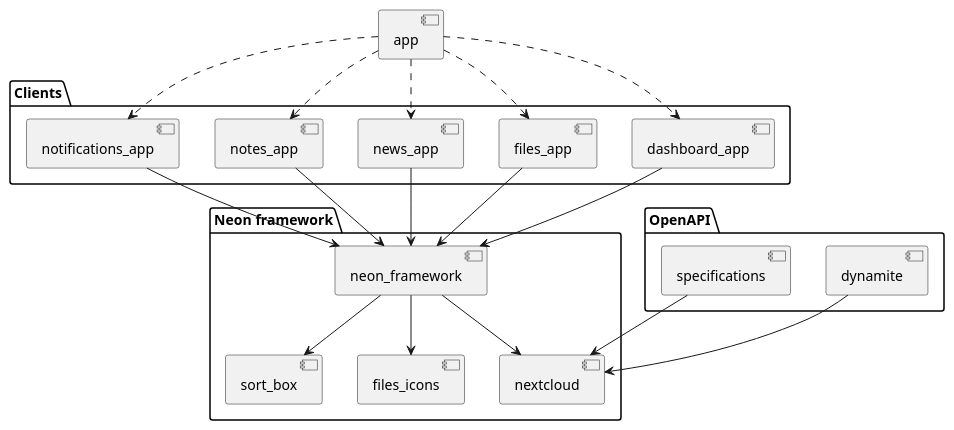
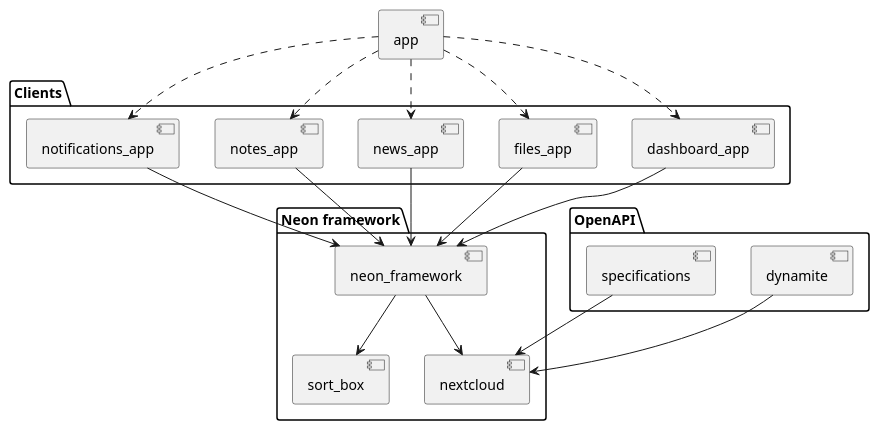
Before and after one commit to nextcloud/neon: the diagram in docs/architecture.puml, drawn with PlantUML. The commit also changed 22 other files, not shown here.

```diff
--- a/docs/architecture.puml
+++ b/docs/architecture.puml
@@ -1,45 +1,43 @@
 @startuml architecture
 
 package "Neon framework" {
     component neon_framework
     component nextcloud
     component sort_box
-    component files_icons
 }
 
 package "Clients" {
     component dashboard_app
     component files_app
     component news_app
     component notes_app
     component notifications_app
 }
 
 package "OpenAPI" {
     component dynamite
     component specifications
 }
 
 component app
 
 app ..> dashboard_app
 app ..> files_app
 app ..> news_app
 app ..> notes_app
 app ..> notifications_app
 
 dashboard_app --> neon_framework
 files_app --> neon_framework
 news_app --> neon_framework
 notes_app --> neon_framework
 notifications_app --> neon_framework
 
 
 neon_framework --> nextcloud
 neon_framework --> sort_box
-neon_framework --> files_icons
 
 dynamite --> nextcloud
 specifications --> nextcloud
 
 @enduml
```
